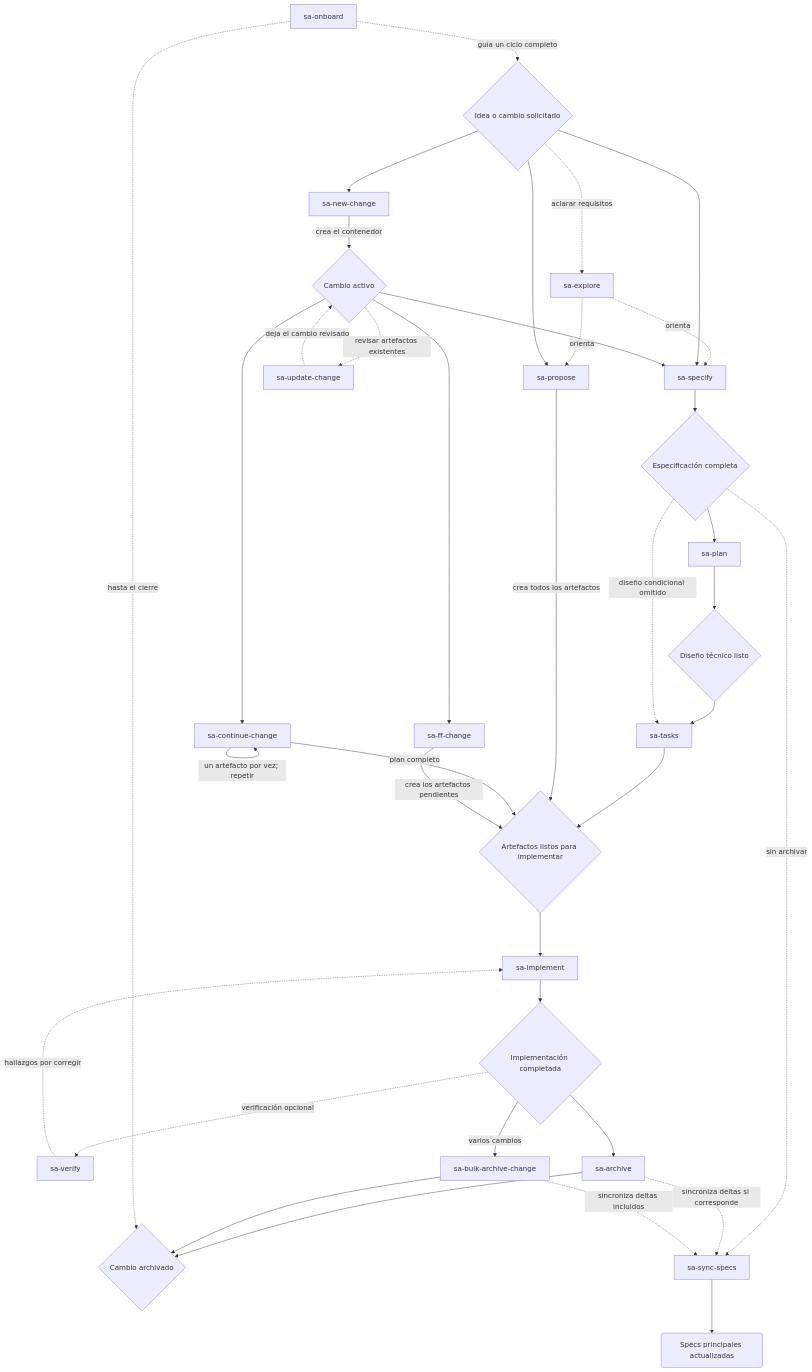
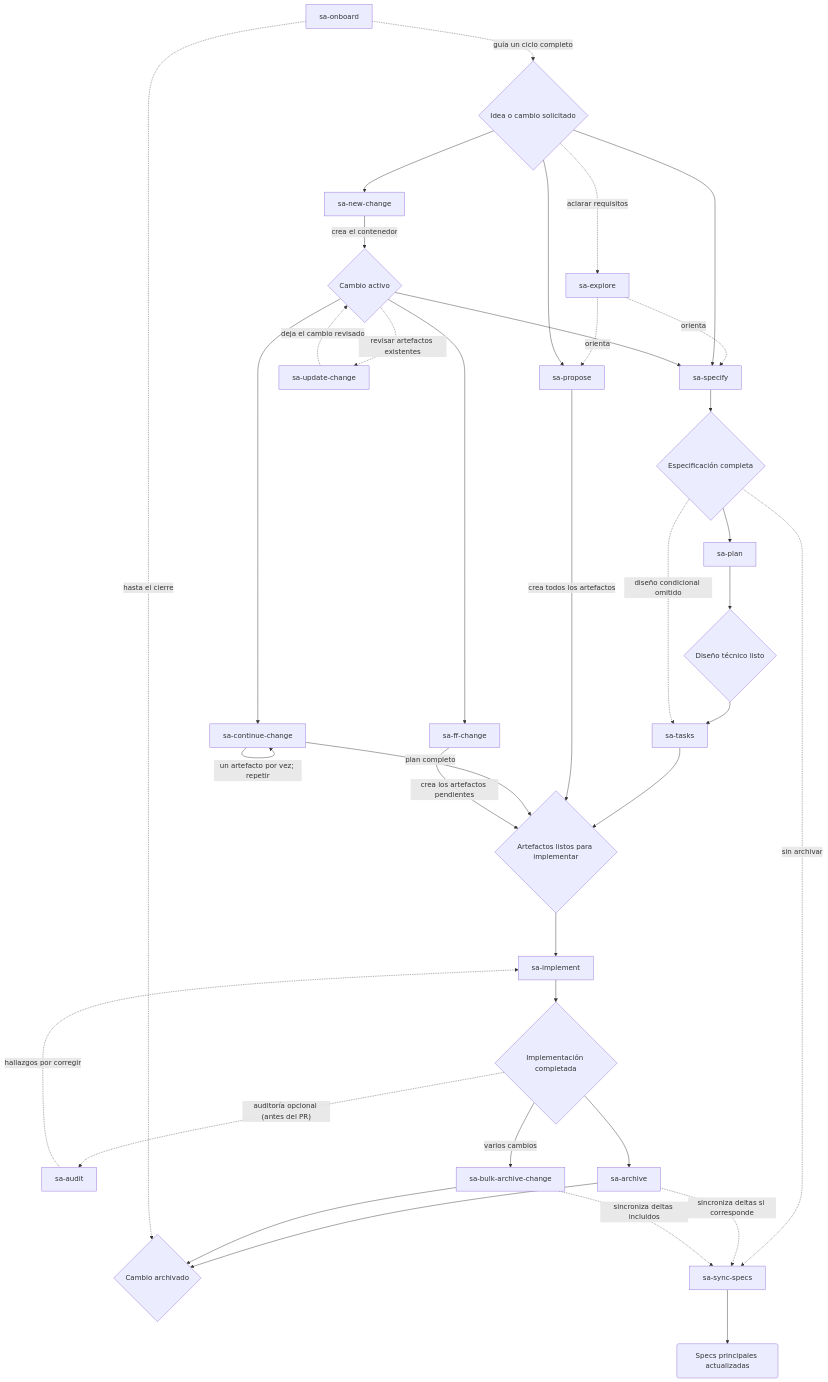
One commit to dariopalminio/specagile changed the diagram in docs/architecture/diagrams/skills-flowchart.mermaid. Above: the diagram before and after it, drawn with Mermaid. The commit also changed 59 other files, not shown here.

First line of the commit message:
Feat/rename verify to audit (#11)

```diff
--- a/docs/architecture/diagrams/skills-flowchart.mermaid
+++ b/docs/architecture/diagrams/skills-flowchart.mermaid
@@ -1,56 +1,56 @@
 flowchart TD
     IDEA{"Idea o cambio solicitado"}
     CHANGE{"Cambio activo"}
     SPEC{"Especificación completa"}
     DESIGN{"Diseño técnico listo"}
     READY{"Artefactos listos para implementar"}
     CODE{"Implementación completada"}
     MAIN("Specs principales actualizadas")
     DONE{"Cambio archivado"}
 
     EXP["sa-explore"]
     SPECIFY["sa-specify"]
     PLAN["sa-plan"]
     TASKS["sa-tasks"]
     PROPOSE["sa-propose"]
     NEW["sa-new-change"]
     CONT["sa-continue-change"]
     FF["sa-ff-change"]
     UPDATE["sa-update-change"]
     IMPLEMENT["sa-implement"]
-    VERIFY["sa-verify"]
+    AUDIT["sa-audit"]
     SYNC["sa-sync-specs"]
     ARCHIVE["sa-archive"]
     BULK["sa-bulk-archive-change"]
     ONBOARD["sa-onboard"]
 
     IDEA -. "aclarar requisitos" .-> EXP
     EXP -. "orienta" .-> SPECIFY
     EXP -. "orienta" .-> PROPOSE
 
     IDEA --> SPECIFY --> SPEC --> PLAN --> DESIGN --> TASKS --> READY
     SPEC -. "diseño condicional omitido" .-> TASKS
     IDEA --> PROPOSE -->|"crea todos los artefactos"| READY
 
     IDEA --> NEW -->|"crea el contenedor"| CHANGE
     CHANGE --> SPECIFY
     CHANGE --> CONT
     CONT -->|"un artefacto por vez; repetir"| CONT
     CONT -->|"plan completo"| READY
     CHANGE --> FF -->|"crea los artefactos pendientes"| READY
 
     CHANGE -. "revisar artefactos existentes" .-> UPDATE
     UPDATE -. "deja el cambio revisado" .-> CHANGE
 
     READY --> IMPLEMENT --> CODE
-    CODE -. "verificación opcional" .-> VERIFY
-    VERIFY -. "hallazgos por corregir" .-> IMPLEMENT
+    CODE -. "auditoría opcional (antes del PR)" .-> AUDIT
+    AUDIT -. "hallazgos por corregir" .-> IMPLEMENT
 
     SPEC -. "sin archivar" .-> SYNC --> MAIN
     CODE --> ARCHIVE --> DONE
     CODE -->|"varios cambios"| BULK --> DONE
     ARCHIVE -. "sincroniza deltas si corresponde" .-> SYNC
     BULK -. "sincroniza deltas incluidos" .-> SYNC
 
     ONBOARD -. "guía un ciclo completo" .-> IDEA
     ONBOARD -. "hasta el cierre" .-> DONE
```
